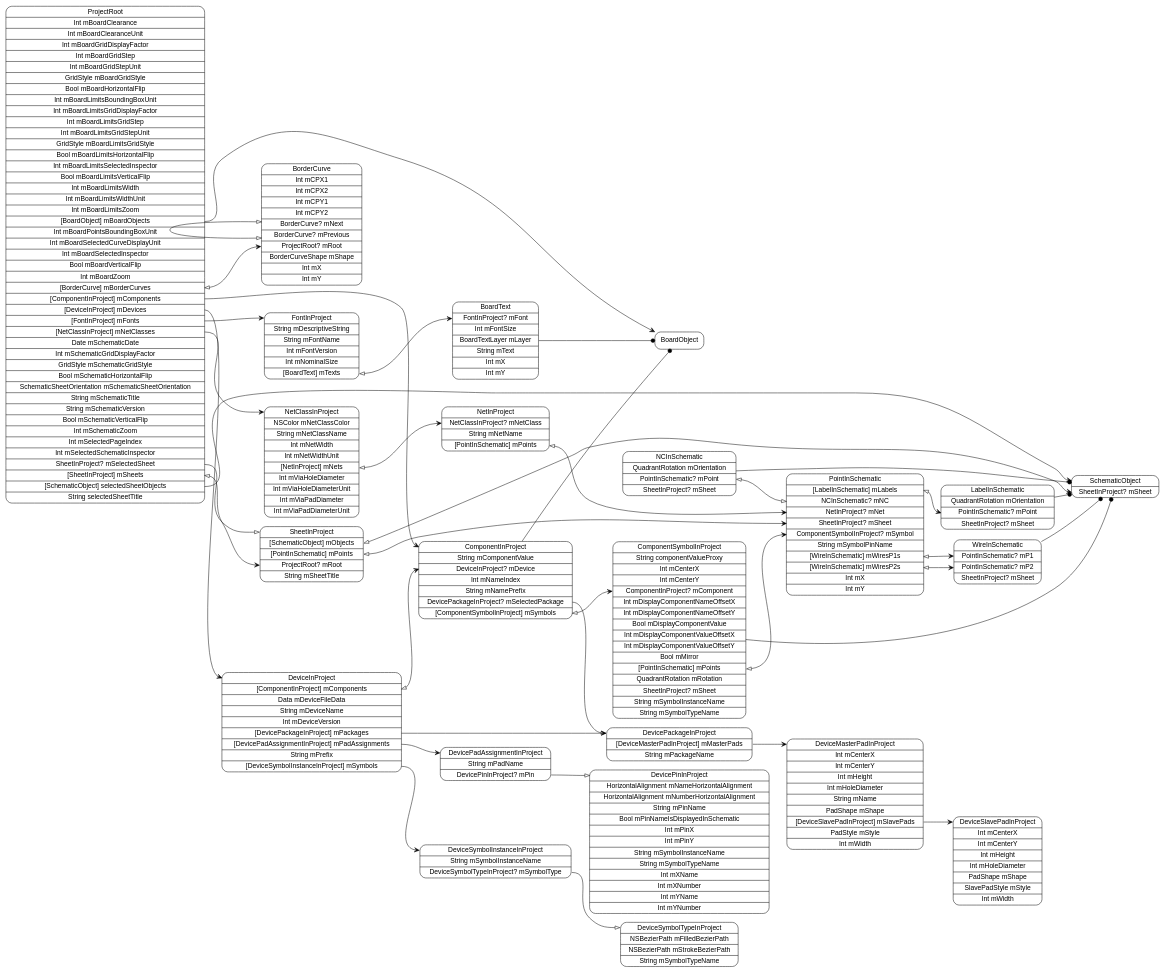
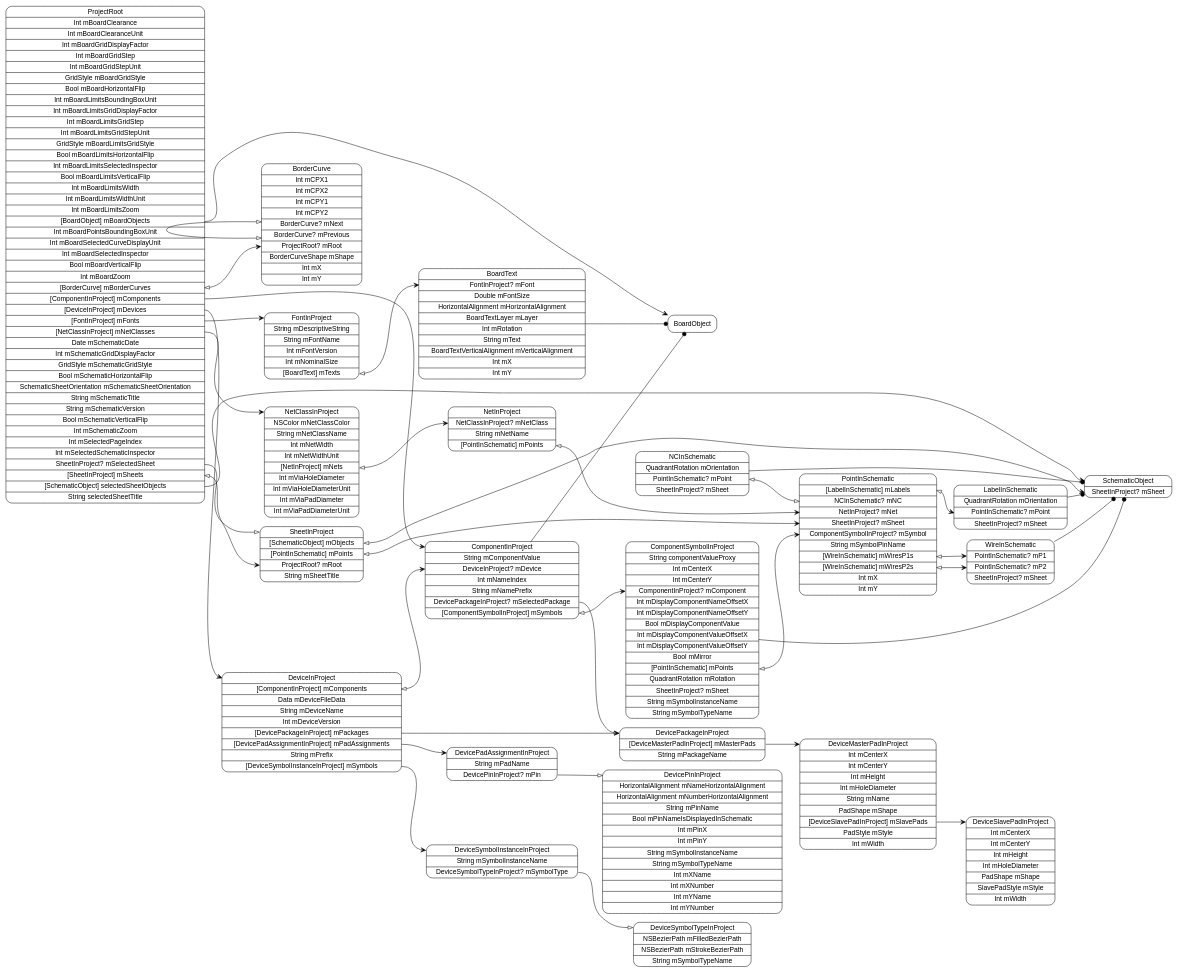
Before and after one commit to pierremolinaro/ElCanari-dev: the diagram in models/ProjectRoot.dot, drawn with Graphviz. The commit also changed 20 other files, not shown here.

Commit message:
Suite Text in board

```diff
--- a/models/ProjectRoot.dot
+++ b/models/ProjectRoot.dot
@@ -1,63 +1,63 @@
 digraph G {
   rankdir=LR ;
   node [shape=record fontname=helvetica style=rounded] ;
   ProjectRoot[label="<ProjectRoot>ProjectRoot|Int mBoardClearance|Int mBoardClearanceUnit|Int mBoardGridDisplayFactor|Int mBoardGridStep|Int mBoardGridStepUnit|GridStyle mBoardGridStyle|Bool mBoardHorizontalFlip|Int mBoardLimitsBoundingBoxUnit|Int mBoardLimitsGridDisplayFactor|Int mBoardLimitsGridStep|Int mBoardLimitsGridStepUnit|GridStyle mBoardLimitsGridStyle|Bool mBoardLimitsHorizontalFlip|Int mBoardLimitsSelectedInspector|Bool mBoardLimitsVerticalFlip|Int mBoardLimitsWidth|Int mBoardLimitsWidthUnit|Int mBoardLimitsZoom|<mBoardObjects>[BoardObject] mBoardObjects|Int mBoardPointsBoundingBoxUnit|Int mBoardSelectedCurveDisplayUnit|Int mBoardSelectedInspector|Bool mBoardVerticalFlip|Int mBoardZoom|<mBorderCurves>[BorderCurve] mBorderCurves|<mComponents>[ComponentInProject] mComponents|<mDevices>[DeviceInProject] mDevices|<mFonts>[FontInProject] mFonts|<mNetClasses>[NetClassInProject] mNetClasses|Date mSchematicDate|Int mSchematicGridDisplayFactor|GridStyle mSchematicGridStyle|Bool mSchematicHorizontalFlip|SchematicSheetOrientation mSchematicSheetOrientation|String mSchematicTitle|String mSchematicVersion|Bool mSchematicVerticalFlip|Int mSchematicZoom|Int mSelectedPageIndex|Int mSelectedSchematicInspector|<mSelectedSheet>SheetInProject? mSelectedSheet|<mSheets>[SheetInProject] mSheets|<selectedSheetObjects>[SchematicObject] selectedSheetObjects|String selectedSheetTitle"] ;
   SchematicObject[label="<SchematicObject>SchematicObject|<mSheet>SheetInProject? mSheet"] ;
   SheetInProject[label="<SheetInProject>SheetInProject|<mObjects>[SchematicObject] mObjects|<mPoints>[PointInSchematic] mPoints|<mRoot>ProjectRoot? mRoot|String mSheetTitle"] ;
   PointInSchematic[label="<PointInSchematic>PointInSchematic|<mLabels>[LabelInSchematic] mLabels|<mNC>NCInSchematic? mNC|<mNet>NetInProject? mNet|<mSheet>SheetInProject? mSheet|<mSymbol>ComponentSymbolInProject? mSymbol|String mSymbolPinName|<mWiresP1s>[WireInSchematic] mWiresP1s|<mWiresP2s>[WireInSchematic] mWiresP2s|Int mX|Int mY"] ;
   WireInSchematic[label="<WireInSchematic>WireInSchematic|<mP1>PointInSchematic? mP1|<mP2>PointInSchematic? mP2|<mSheet>SheetInProject? mSheet"] ;
   NCInSchematic[label="<NCInSchematic>NCInSchematic|QuadrantRotation mOrientation|<mPoint>PointInSchematic? mPoint|<mSheet>SheetInProject? mSheet"] ;
   LabelInSchematic[label="<LabelInSchematic>LabelInSchematic|QuadrantRotation mOrientation|<mPoint>PointInSchematic? mPoint|<mSheet>SheetInProject? mSheet"] ;
   NetClassInProject[label="<NetClassInProject>NetClassInProject|NSColor mNetClassColor|String mNetClassName|Int mNetWidth|Int mNetWidthUnit|<mNets>[NetInProject] mNets|Int mViaHoleDiameter|Int mViaHoleDiameterUnit|Int mViaPadDiameter|Int mViaPadDiameterUnit"] ;
   NetInProject[label="<NetInProject>NetInProject|<mNetClass>NetClassInProject? mNetClass|String mNetName|<mPoints>[PointInSchematic] mPoints"] ;
   FontInProject[label="<FontInProject>FontInProject|String mDescriptiveString|String mFontName|Int mFontVersion|Int mNominalSize|<mTexts>[BoardText] mTexts"] ;
-  BoardText[label="<BoardText>BoardText|<mFont>FontInProject? mFont|Int mFontSize|BoardTextLayer mLayer|String mText|Int mX|Int mY"] ;
+  BoardText[label="<BoardText>BoardText|<mFont>FontInProject? mFont|Double mFontSize|HorizontalAlignment mHorizontalAlignment|BoardTextLayer mLayer|Int mRotation|String mText|BoardTextVerticalAlignment mVerticalAlignment|Int mX|Int mY"] ;
   DeviceInProject[label="<DeviceInProject>DeviceInProject|<mComponents>[ComponentInProject] mComponents|Data mDeviceFileData|String mDeviceName|Int mDeviceVersion|<mPackages>[DevicePackageInProject] mPackages|<mPadAssignments>[DevicePadAssignmentInProject] mPadAssignments|String mPrefix|<mSymbols>[DeviceSymbolInstanceInProject] mSymbols"] ;
   DeviceSymbolInstanceInProject[label="<DeviceSymbolInstanceInProject>DeviceSymbolInstanceInProject|String mSymbolInstanceName|<mSymbolType>DeviceSymbolTypeInProject? mSymbolType"] ;
   DeviceSymbolTypeInProject[label="<DeviceSymbolTypeInProject>DeviceSymbolTypeInProject|NSBezierPath mFilledBezierPath|NSBezierPath mStrokeBezierPath|String mSymbolTypeName"] ;
   DevicePadAssignmentInProject[label="<DevicePadAssignmentInProject>DevicePadAssignmentInProject|String mPadName|<mPin>DevicePinInProject? mPin"] ;
   DevicePinInProject[label="<DevicePinInProject>DevicePinInProject|HorizontalAlignment mNameHorizontalAlignment|HorizontalAlignment mNumberHorizontalAlignment|String mPinName|Bool mPinNameIsDisplayedInSchematic|Int mPinX|Int mPinY|String mSymbolInstanceName|String mSymbolTypeName|Int mXName|Int mXNumber|Int mYName|Int mYNumber"] ;
   DevicePackageInProject[label="<DevicePackageInProject>DevicePackageInProject|<mMasterPads>[DeviceMasterPadInProject] mMasterPads|String mPackageName"] ;
   DeviceMasterPadInProject[label="<DeviceMasterPadInProject>DeviceMasterPadInProject|Int mCenterX|Int mCenterY|Int mHeight|Int mHoleDiameter|String mName|PadShape mShape|<mSlavePads>[DeviceSlavePadInProject] mSlavePads|PadStyle mStyle|Int mWidth"] ;
   DeviceSlavePadInProject[label="<DeviceSlavePadInProject>DeviceSlavePadInProject|Int mCenterX|Int mCenterY|Int mHeight|Int mHoleDiameter|PadShape mShape|SlavePadStyle mStyle|Int mWidth"] ;
   ComponentInProject[label="<ComponentInProject>ComponentInProject|String mComponentValue|<mDevice>DeviceInProject? mDevice|Int mNameIndex|String mNamePrefix|<mSelectedPackage>DevicePackageInProject? mSelectedPackage|<mSymbols>[ComponentSymbolInProject] mSymbols"] ;
   ComponentSymbolInProject[label="<ComponentSymbolInProject>ComponentSymbolInProject|String componentValueProxy|Int mCenterX|Int mCenterY|<mComponent>ComponentInProject? mComponent|Int mDisplayComponentNameOffsetX|Int mDisplayComponentNameOffsetY|Bool mDisplayComponentValue|Int mDisplayComponentValueOffsetX|Int mDisplayComponentValueOffsetY|Bool mMirror|<mPoints>[PointInSchematic] mPoints|QuadrantRotation mRotation|<mSheet>SheetInProject? mSheet|String mSymbolInstanceName|String mSymbolTypeName"] ;
   BorderCurve[label="<BorderCurve>BorderCurve|Int mCPX1|Int mCPX2|Int mCPY1|Int mCPY2|<mNext>BorderCurve? mNext|<mPrevious>BorderCurve? mPrevious|<mRoot>ProjectRoot? mRoot|BorderCurveShape mShape|Int mX|Int mY"] ;
   BoardObject[label="<BoardObject>BoardObject"] ;
   ProjectRoot:mBoardObjects -> BoardObject:BoardObject [dir=both arrowtail=none arrowhead=vee] ;
   ProjectRoot:mBorderCurves -> BorderCurve:mRoot [dir=both arrowtail=onormal arrowhead=vee] ;
   ProjectRoot:mComponents -> ComponentInProject:ComponentInProject [dir=both arrowtail=none arrowhead=vee] ;
   ProjectRoot:mDevices -> DeviceInProject:DeviceInProject [dir=both arrowtail=none arrowhead=vee] ;
   ProjectRoot:mFonts -> FontInProject:FontInProject [dir=both arrowtail=none arrowhead=vee] ;
   ProjectRoot:mNetClasses -> NetClassInProject:NetClassInProject [dir=both arrowtail=none arrowhead=vee] ;
   ProjectRoot:mSelectedSheet -> SheetInProject:SheetInProject [dir=both arrowtail=none arrowhead=onormal] ;
   ProjectRoot:mSheets -> SheetInProject:mRoot [dir=both arrowtail=onormal arrowhead=vee] ;
   ProjectRoot:selectedSheetObjects -> SchematicObject:SchematicObject [dir=both arrowtail=none arrowhead=vee] ;
   SheetInProject:mObjects -> SchematicObject:mSheet [dir=both arrowtail=onormal arrowhead=vee] ;
   SheetInProject:mPoints -> PointInSchematic:mSheet [dir=both arrowtail=onormal arrowhead=vee] ;
   PointInSchematic:mLabels -> LabelInSchematic:mPoint [dir=both arrowtail=onormal arrowhead=vee] ;
   PointInSchematic:mWiresP1s -> WireInSchematic:mP1 [dir=both arrowtail=onormal arrowhead=vee] ;
   PointInSchematic:mWiresP2s -> WireInSchematic:mP2 [dir=both arrowtail=onormal arrowhead=vee] ;
   WireInSchematic -> SchematicObject [arrowhead=dot] ;
   NCInSchematic -> SchematicObject [arrowhead=dot] ;
   NCInSchematic:mPoint -> PointInSchematic:mNC [dir=both arrowtail=onormal arrowhead=onormal] ;
   LabelInSchematic -> SchematicObject [arrowhead=dot] ;
   NetClassInProject:mNets -> NetInProject:mNetClass [dir=both arrowtail=onormal arrowhead=vee] ;
   NetInProject:mPoints -> PointInSchematic:mNet [dir=both arrowtail=onormal arrowhead=vee] ;
   FontInProject:mTexts -> BoardText:mFont [dir=both arrowtail=onormal arrowhead=vee] ;
   BoardText -> BoardObject [arrowhead=dot] ;
   DeviceInProject:mComponents -> ComponentInProject:mDevice [dir=both arrowtail=onormal arrowhead=vee] ;
   DeviceInProject:mPackages -> DevicePackageInProject:DevicePackageInProject [dir=both arrowtail=none arrowhead=vee] ;
   DeviceInProject:mPadAssignments -> DevicePadAssignmentInProject:DevicePadAssignmentInProject [dir=both arrowtail=none arrowhead=vee] ;
   DeviceInProject:mSymbols -> DeviceSymbolInstanceInProject:DeviceSymbolInstanceInProject [dir=both arrowtail=none arrowhead=vee] ;
   DeviceSymbolInstanceInProject:mSymbolType -> DeviceSymbolTypeInProject:DeviceSymbolTypeInProject [dir=both arrowtail=none arrowhead=onormal] ;
   DevicePadAssignmentInProject:mPin -> DevicePinInProject:DevicePinInProject [dir=both arrowtail=none arrowhead=onormal] ;
   DevicePackageInProject:mMasterPads -> DeviceMasterPadInProject:DeviceMasterPadInProject [dir=both arrowtail=none arrowhead=vee] ;
   DeviceMasterPadInProject:mSlavePads -> DeviceSlavePadInProject:DeviceSlavePadInProject [dir=both arrowtail=none arrowhead=vee] ;
   ComponentInProject -> BoardObject [arrowhead=dot] ;
   ComponentInProject:mSelectedPackage -> DevicePackageInProject:DevicePackageInProject [dir=both arrowtail=none arrowhead=onormal] ;
   ComponentInProject:mSymbols -> ComponentSymbolInProject:mComponent [dir=both arrowtail=onormal arrowhead=vee] ;
   ComponentSymbolInProject -> SchematicObject [arrowhead=dot] ;
   ComponentSymbolInProject:mPoints -> PointInSchematic:mSymbol [dir=both arrowtail=onormal arrowhead=vee] ;
   BorderCurve:mPrevious -> BorderCurve:mNext [dir=both arrowtail=onormal arrowhead=onormal] ;
 }
```
